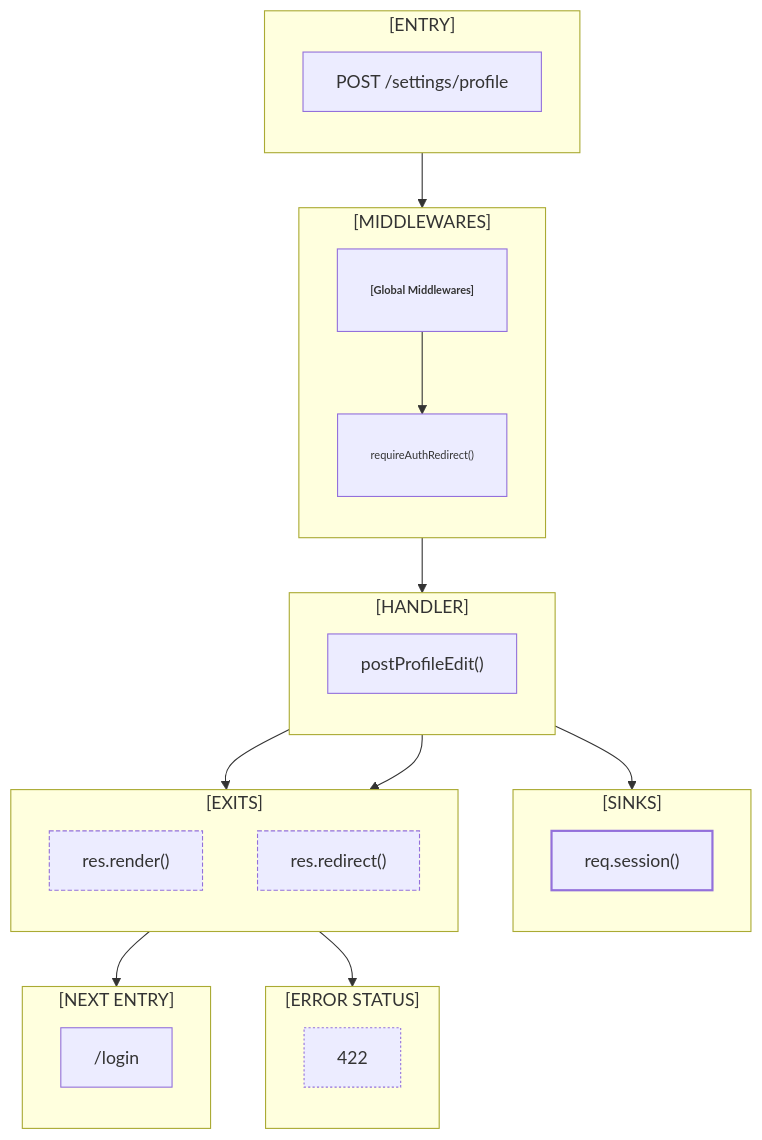
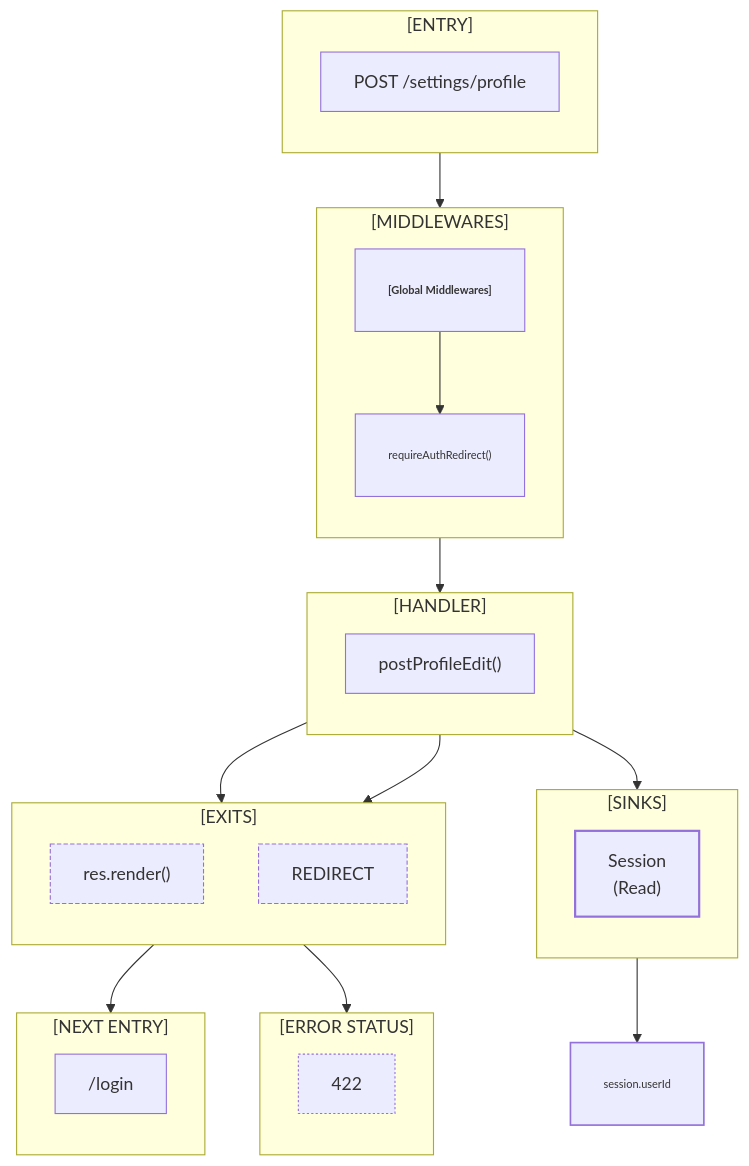
One commit to irondenker/my-code-my-kill changed the diagram in docs/flowmap/flows/POST__settings_profile.mmd. Above: the diagram before and after it, drawn with Mermaid. The commit also changed 25 other files, not shown here.

Commit message:
📚 Docs: Update flowmap session key styles and redirect labels

```diff
--- a/docs/flowmap/flows/POST__settings_profile.mmd
+++ b/docs/flowmap/flows/POST__settings_profile.mmd
@@ -1,47 +1,55 @@
 flowchart TD
 subgraph ENTRY_BLOCK["[ENTRY]"]
 direction TB
 ENTRY["POST /settings/profile"]
 end
 subgraph MIDDLEWARES["[MIDDLEWARES]"]
 direction TB
 MIDDLEWARE1["<b>[Global Middlewares]</b>"]
 MIDDLEWARE2["requireAuthRedirect()"]
 end
 ENTRY --> MIDDLEWARE1
 MIDDLEWARE1 --> MIDDLEWARE2
 subgraph HANDLER_BLOCK["[HANDLER]"]
 direction TB
 HANDLER["postProfileEdit()"]
 end
 MIDDLEWARE2 --> HANDLER
 subgraph ERROR_STATUS["[ERROR STATUS]"]
 direction TB
 RDIAG1["422"]
 end
 subgraph SINKS["[SINKS]"]
 direction TB
-SINK1["req.session()"]
+SINK1["Session<br/>(Read)"]
 end
 HANDLER --> SINK1
+SINK_READ_KEY1["session.userId"]
+SINK1 --> SINK_READ_KEY1
 subgraph EXITS["[EXITS]"]
 direction TB
 EXIT1["res.render()"]
-EXIT2["res.redirect()"]
+EXIT2["REDIRECT"]
 end
 HANDLER --> EXIT1
 HANDLER --> EXIT2
 EXIT1 --> RDIAG1
 subgraph NEXT_ENTRY["[NEXT ENTRY]"]
 direction TB
 NEXT_ENTRY1["/login"]
 end
 EXIT2 --> NEXT_ENTRY1
 classDef middleware font-size:10px,padding:2px,stroke-width:1;
 classDef diagnostics stroke-dasharray: 2 2;
 classDef sink stroke-width:2;
+classDef sessionKey font-size:10px,padding:2px;
+classDef flash stroke-dasharray: 5 3,stroke-width:1.5;
+classDef auth stroke-dasharray: 0,stroke-width:1.5;
+classDef other stroke:#6b7280;
 classDef exit stroke-dasharray: 4 2;
 class MIDDLEWARE1,MIDDLEWARE2 middleware;
 class RDIAG1 diagnostics;
 class SINK1 sink;
+class SINK_READ_KEY1 sessionKey;
+class SINK_READ_KEY1 auth;
 class EXIT1,EXIT2 exit;
```
